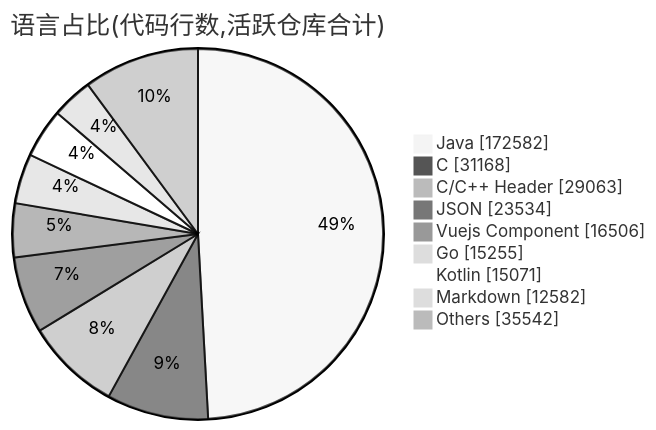
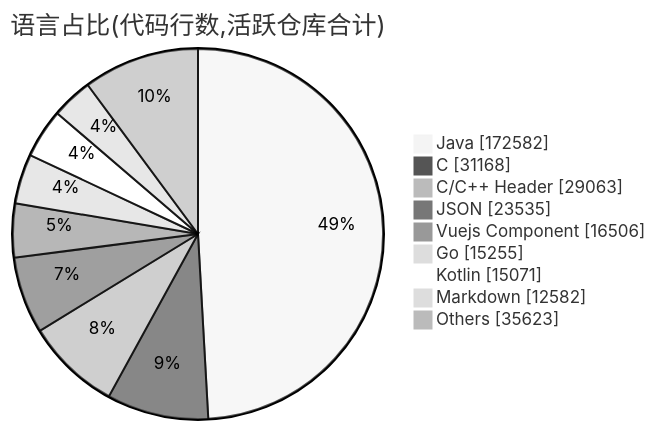
The second of 2 diagrams in profile/README.md (Conflux-Union/.github), drawn with Mermaid (neutral theme) before and after one commit. The commit also changed other lines of this file and 1 other file, not shown here.

````diff
--- a/profile/README.md
+++ b/profile/README.md
@@ -80,13 +80,13 @@
 ```mermaid
 pie showData
     title 语言占比(代码行数,活跃仓库合计)
     "Java" : 172582
     "C" : 31168
     "C/C++ Header" : 29063
-    "JSON" : 23534
+    "JSON" : 23535
     "Vuejs Component" : 16506
     "Go" : 15255
     "Kotlin" : 15071
     "Markdown" : 12582
-    "Others" : 35542
+    "Others" : 35623
 ```
````
